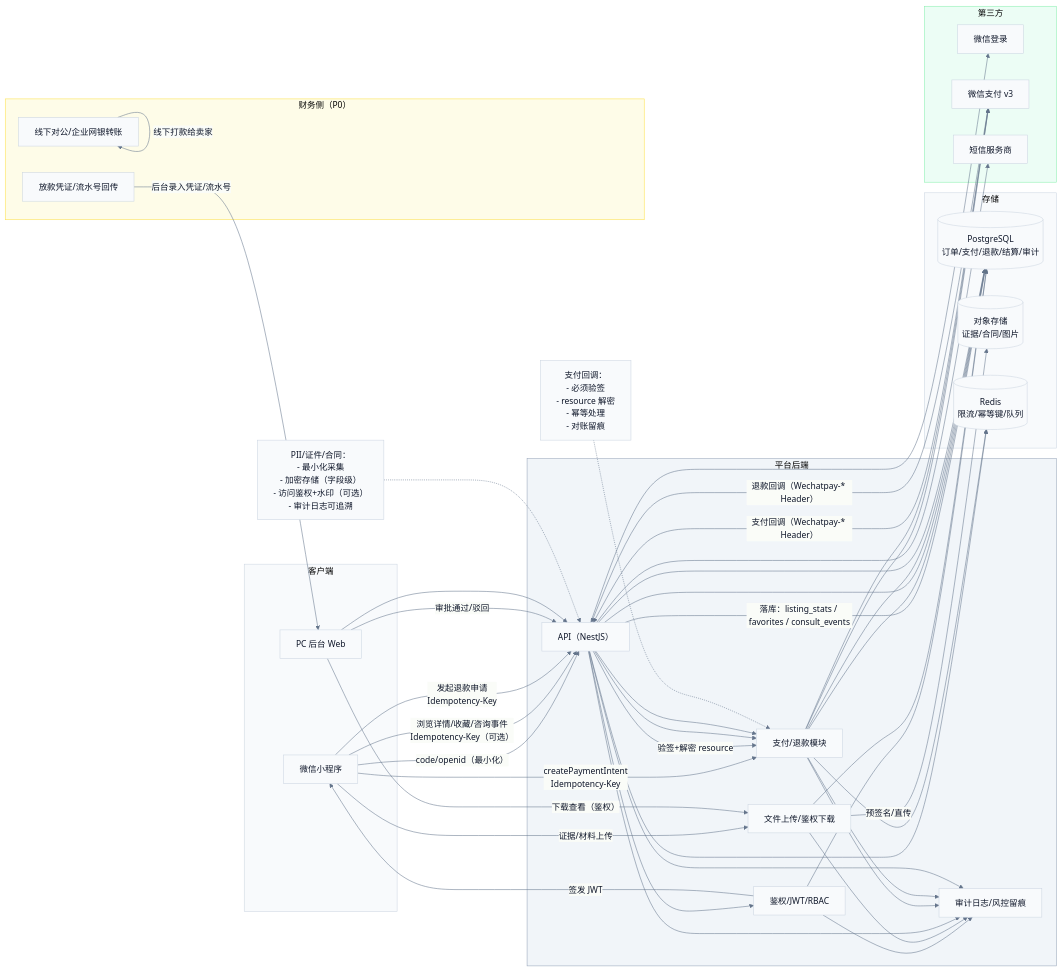
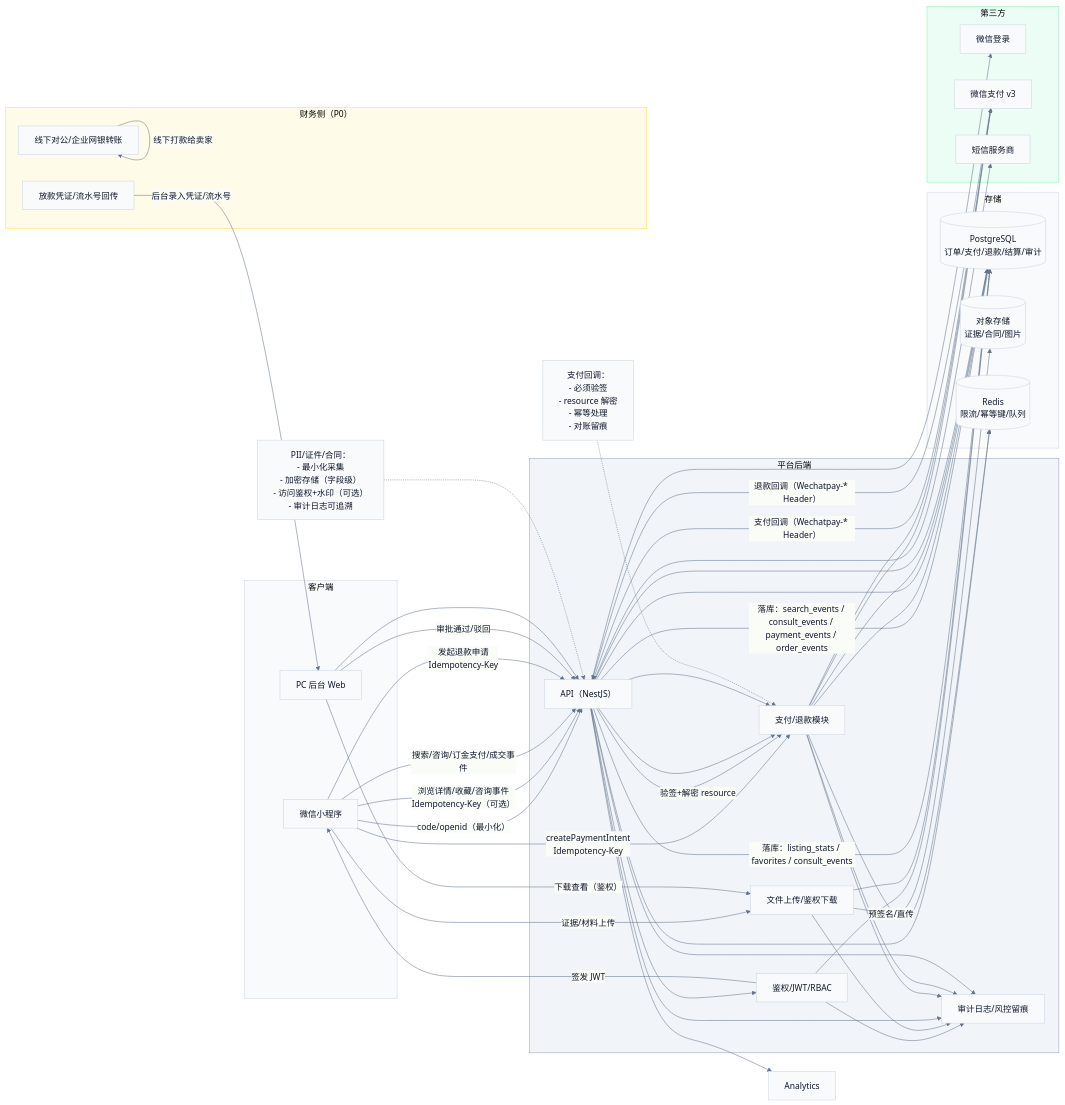
The diagram in docs/demo/diagrams/dataflow-money-pii-security.mmd (Ming-1984/Ipmoney), drawn with Mermaid before and after one commit. The commit also changed 90 other files, not shown here.

Commit message:
更新架构文档以及图片

```diff
--- a/docs/demo/diagrams/dataflow-money-pii-security.mmd
+++ b/docs/demo/diagrams/dataflow-money-pii-security.mmd
@@ -1,87 +1,91 @@
 %%{init: {'theme':'base','themeVariables': {'fontFamily': 'Inter, Microsoft YaHei, sans-serif','lineColor':'#64748B','primaryTextColor':'#0F172A','primaryBorderColor':'#CBD5E1','primaryColor':'#F8FAFC'}}}%%
 flowchart LR
   %% 关键数据流/资金流与安全边界（P0）
 
   subgraph Client["客户端"]
     MP[微信小程序]
     Admin[PC 后台 Web]
   end
 
   subgraph Backend["平台后端"]
     API[API（NestJS）]
     Auth[鉴权/JWT/RBAC]
     Pay[支付/退款模块]
     File[文件上传/鉴权下载]
     Audit[审计日志/风控留痕]
   end
 
   subgraph Storage["存储"]
     PG[(PostgreSQL<br/>订单/支付/退款/结算/审计)]
     OSS[(对象存储<br/>证据/合同/图片)]
     Redis[(Redis<br/>限流/幂等键/队列)]
   end
 
   subgraph ThirdParty["第三方"]
     WxLogin[微信登录]
     WxPay[微信支付 v3]
     SMS[短信服务商]
   end
 
   subgraph Finance["财务侧（P0）"]
     Bank[线下对公/企业网银转账]
     Evidence[放款凭证/流水号回传]
   end
 
   %% === 登录/鉴权（PII）===
   MP -->|code/openid（最小化）| API
   API --> WxLogin
   API --> Auth
   Auth -->|签发 JWT| MP
   Auth --> PG
   Auth --> Audit
 
   %% === 资料/证据上传（商业秘密/个人信息）===
   MP -->|证据/材料上传| File -->|预签名/直传| OSS
   Admin -->|下载查看（鉴权）| File
   File --> PG
   File --> Audit
 
   %% === 推荐/热度（P0）===
   MP -->|浏览详情/收藏/咨询事件<br/>Idempotency-Key（可选）| API --> Redis
   API -->|落库：listing_stats / favorites / consult_events| PG
   API --> Audit
 
+  %% === 转化漏斗（P0）===
+  MP -->|搜索/咨询/订金支付/成交事件| API --> Analytics
+  API -->|落库：search_events / consult_events / payment_events / order_events| PG
+
   %% === 支付订金/尾款（资金）===
   MP -->|createPaymentIntent<br/>Idempotency-Key| Pay --> Redis
   Pay --> WxPay
   WxPay -->|支付回调（Wechatpay-* Header）| API
   API -->|验签+解密 resource| Pay --> PG
   Pay --> Audit
 
   %% === 退款（原路退）===
   MP -->|发起退款申请<br/>Idempotency-Key| API --> PG
   Admin -->|审批通过/驳回| API
   API --> Pay --> WxPay
   WxPay -->|退款回调（Wechatpay-* Header）| API --> Pay --> PG
   Pay --> Audit
 
   %% === 放款（P0：人工）===
   Bank -->|线下打款给卖家| Bank
   Evidence -->|后台录入凭证/流水号| Admin --> API --> PG
   API --> Audit
 
   %% === 通知 ===
   API --> SMS
 
   %% === 安全控制（提示）===
   NotePII["PII/证件/合同：\n- 最小化采集\n- 加密存储（字段级）\n- 访问鉴权+水印（可选）\n- 审计日志可追溯"]
   NotePay["支付回调：\n- 必须验签\n- resource 解密\n- 幂等处理\n- 对账留痕"]
   NotePII -.-> API
   NotePay -.-> Pay
 
   %% 样式
   style Client fill:#F8FAFC,stroke:#CBD5E1,stroke-width:1px;
   style Backend fill:#F1F5F9,stroke:#94A3B8,stroke-width:1px;
   style Storage fill:#F8FAFC,stroke:#CBD5E1,stroke-width:1px;
   style ThirdParty fill:#ECFDF5,stroke:#86EFAC,stroke-width:1px;
   style Finance fill:#FEFCE8,stroke:#FDE047,stroke-width:1px;
```
